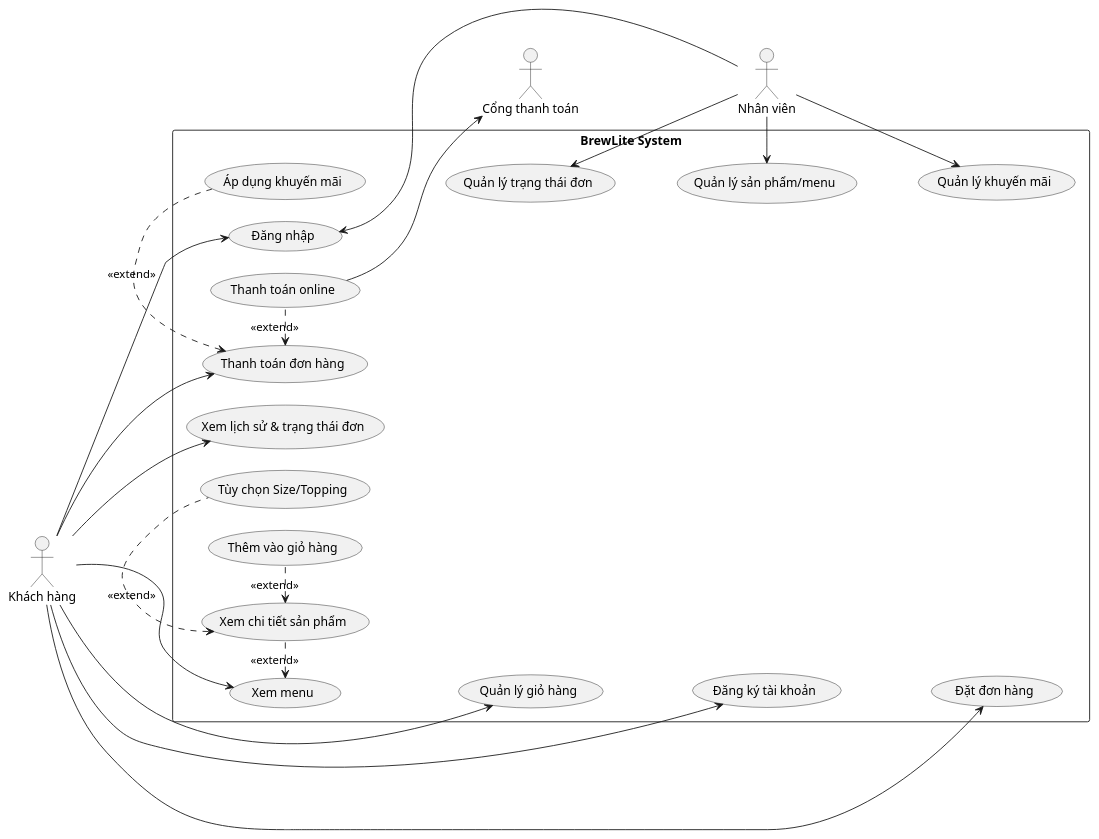
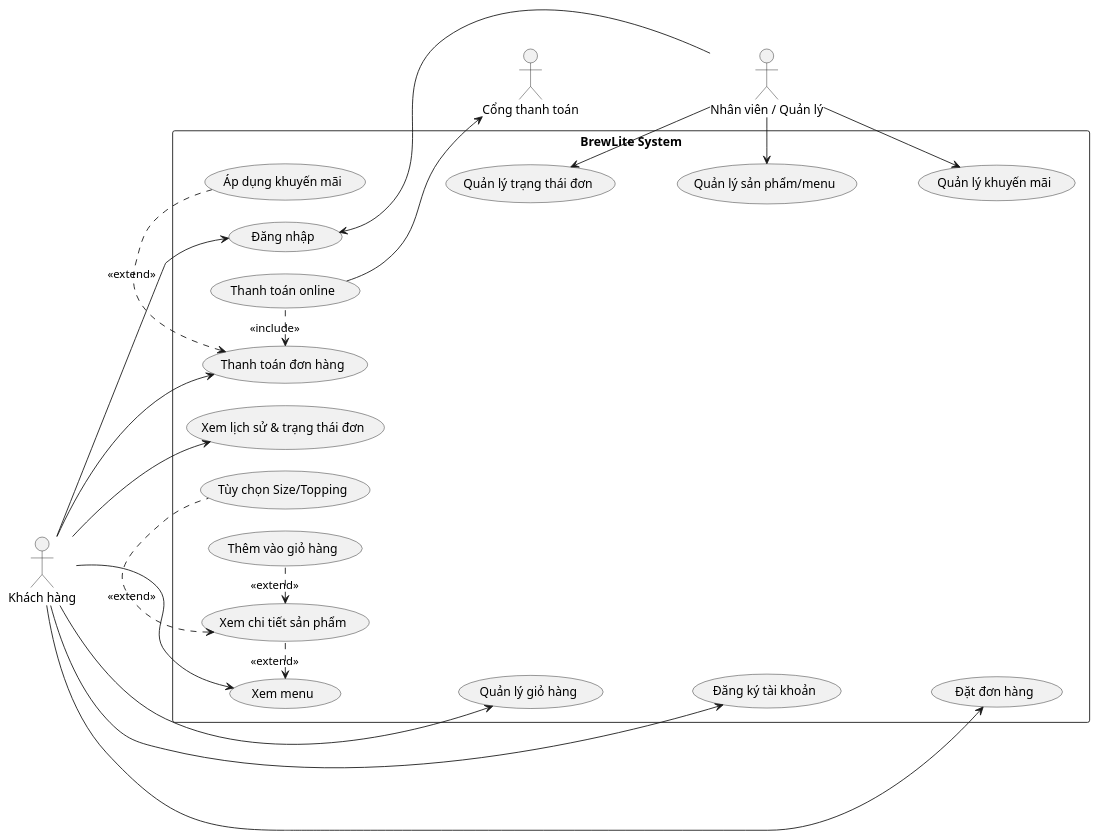
The diagram in docs/requirements/use-case-overview.puml (minhhhao12/brewlite), drawn with PlantUML before and after one commit. The commit also changed 6 other files, not shown here.

Commit message:
docs(task1): Điều chỉnh đặc tả yêu cầu, sơ đồ use case cho khớp với nhau: - Miêu tả rõ lại luồng trạng thái đơn hàng cho rõ ràng hơn, thuận tiên truy vết

```diff
--- a/docs/requirements/use-case-overview.puml
+++ b/docs/requirements/use-case-overview.puml
@@ -1,61 +1,63 @@
 @startuml
+' Canonical IDs khớp srs.md: UC-01..UC-12
+' Các node phụ hậu tố "a" (UC-04a, UC-08a, UC-12a) là sub-step, không tách khỏi FR gốc.
 left to right direction
 skinparam packageStyle rectangle
 skinparam ranksep 70
 skinparam nodesep 25
 
 actor "Khách hàng" as Customer
-actor "Nhân viên" as Staff
+actor "Nhân viên / Quản lý" as Staff
 actor "Cổng thanh toán" as PaymentGateway
 
 rectangle "BrewLite System" {
 ' --- Menu ---
-usecase "Xem menu" as UC1
-usecase "Xem chi tiết sản phẩm" as UC2
-usecase "Tùy chọn Size/Topping" as UC3
-usecase "Thêm vào giỏ hàng" as UC4
+usecase "Xem menu" as UC_01
+usecase "Xem chi tiết sản phẩm" as UC_02
+usecase "Tùy chọn Size/Topping" as UC_03
+usecase "Thêm vào giỏ hàng" as UC_04a
 
 ' --- Giỏ hàng & Tài khoản ---
-usecase "Quản lý giỏ hàng" as UC5
-usecase "Đăng ký tài khoản" as UC6
-usecase "Đăng nhập" as UC7
+usecase "Quản lý giỏ hàng" as UC_04
+usecase "Đăng ký tài khoản" as UC_05
+usecase "Đăng nhập" as UC_06
 
 ' --- Đặt hàng & Thanh toán ---
-usecase "Đặt đơn hàng" as UC8
-usecase "Thanh toán đơn hàng" as UC9
-usecase "Áp dụng khuyến mãi" as UC10
-usecase "Thanh toán online" as UC13
+usecase "Đặt đơn hàng" as UC_07
+usecase "Thanh toán đơn hàng" as UC_08
+usecase "Áp dụng khuyến mãi" as UC_09
+usecase "Thanh toán online" as UC_08a
 
 ' --- Lịch sử & Quản lý ---
-usecase "Xem lịch sử & trạng thái đơn" as UC11
-usecase "Quản lý trạng thái đơn" as UC12
-usecase "Quản lý sản phẩm/menu" as UC14
-usecase "Quản lý khuyến mãi" as UC15
+usecase "Xem lịch sử & trạng thái đơn" as UC_10
+usecase "Quản lý trạng thái đơn" as UC_11
+usecase "Quản lý sản phẩm/menu" as UC_12
+usecase "Quản lý khuyến mãi" as UC_12a
 }
 
-UC1 -[hidden]down- UC5
-UC5 -[hidden]down- UC6
-UC6 -[hidden]down- UC8
-UC11 -[hidden]down- UC12
-UC12 -[hidden]down- UC14
-UC14 -[hidden]down- UC15
+UC_01 -[hidden]down- UC_04
+UC_04 -[hidden]down- UC_05
+UC_05 -[hidden]down- UC_07
+UC_10 -[hidden]down- UC_11
+UC_11 -[hidden]down- UC_12
+UC_12 -[hidden]down- UC_12a
 
-Customer --> UC1
-Customer --> UC5
-Customer --> UC6
-Customer --> UC7
-Customer --> UC8
-Customer --> UC11
-Customer --> UC9
-UC2 .left.> UC1 : <<extend>>
-UC3 .left.> UC2 : <<extend>>
-UC4 .left.> UC2 : <<extend>>
-UC10 .left.> UC9 : <<extend>>
-UC13 .left.> UC9 : <<extend>>
-UC13 --> PaymentGateway
+Customer --> UC_01
+Customer --> UC_04
+Customer --> UC_05
+Customer --> UC_06
+Customer --> UC_07
+Customer --> UC_10
+Customer --> UC_08
+UC_02 .left.> UC_01 : <<extend>>
+UC_03 .left.> UC_02 : <<extend>>
+UC_04a .left.> UC_02 : <<extend>>
+UC_09 .left.> UC_08 : <<extend>>
+UC_08a .left.> UC_08 : <<include>>
+UC_08a --> PaymentGateway
 
-Staff --> UC7
-Staff -left-> UC12
-Staff -left-> UC14
-Staff -left-> UC15
+Staff --> UC_06
+Staff -left-> UC_11
+Staff -left-> UC_12
+Staff -left-> UC_12a
 @enduml
```
